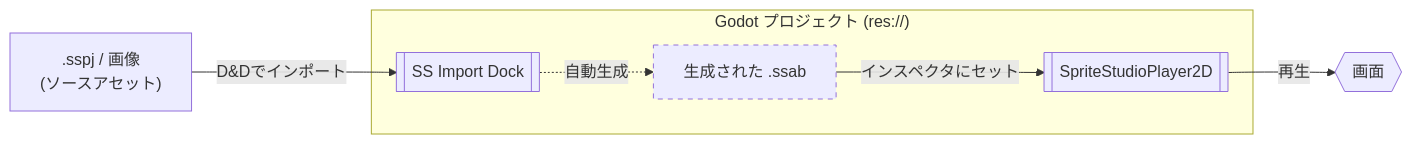
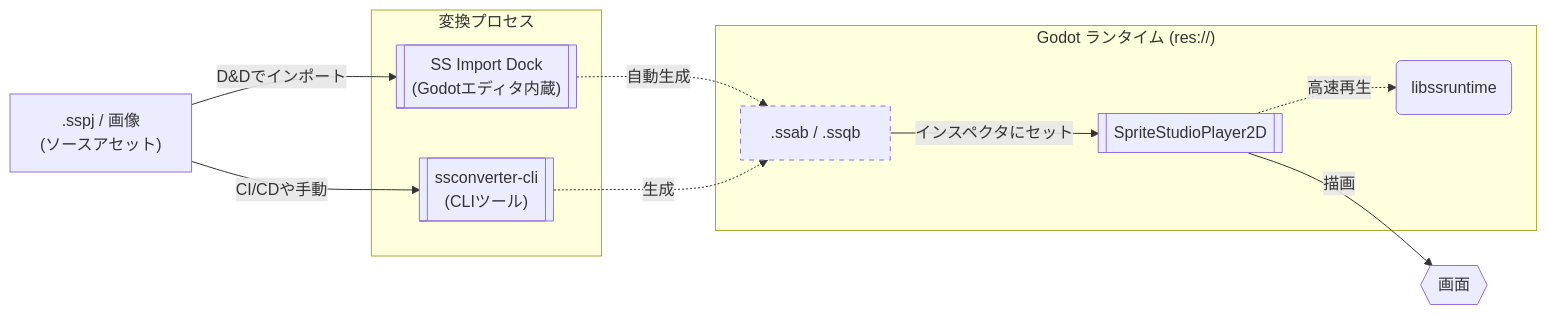
One commit to SpriteStudio/SSPlayerForGodot changed the diagram in README.ja.md. Above: the diagram before and after it, drawn with Mermaid. The commit also changed other lines of this file and 16 other files, not shown here.

````diff
--- a/README.ja.md
+++ b/README.ja.md
@@ -50,18 +54,27 @@
 ```mermaid
 graph LR
     SS[" .sspj / 画像<br>(ソースアセット) "]
 
-    subgraph Godot ["Godot プロジェクト (res://)"]
-        DOCK[[" SS Import Dock "]]
-        BIN[" 生成された .ssab "]
+    subgraph Convert ["変換プロセス"]
+        DOCK[[" SS Import Dock<br>(Godotエディタ内蔵) "]]
+        CLI[[" ssconverter-cli<br>(CLIツール) "]]
+    end
+
+    subgraph Godot ["Godot ランタイム (res://)"]
+        BIN[" .ssab / .ssqb "]
         NODE[[ SpriteStudioPlayer2D ]]
+        RT(" libssruntime ")
     end
 
     SS -- "D&Dでインポート" --> DOCK
+    SS -- "CI/CDや手動" --> CLI
     DOCK -. "自動生成" .-> BIN
+    CLI -. "生成" .-> BIN
+    
     BIN -- "インスペクタにセット" --> NODE
-    NODE -- "再生" --> RENDER{{" 画面 "}}
+    NODE -. "高速再生" .-> RT
+    NODE -- "描画" --> RENDER{{" 画面 "}}
 
     classDef generated stroke-dasharray: 5 5;
     class BIN generated;
 ```
````
